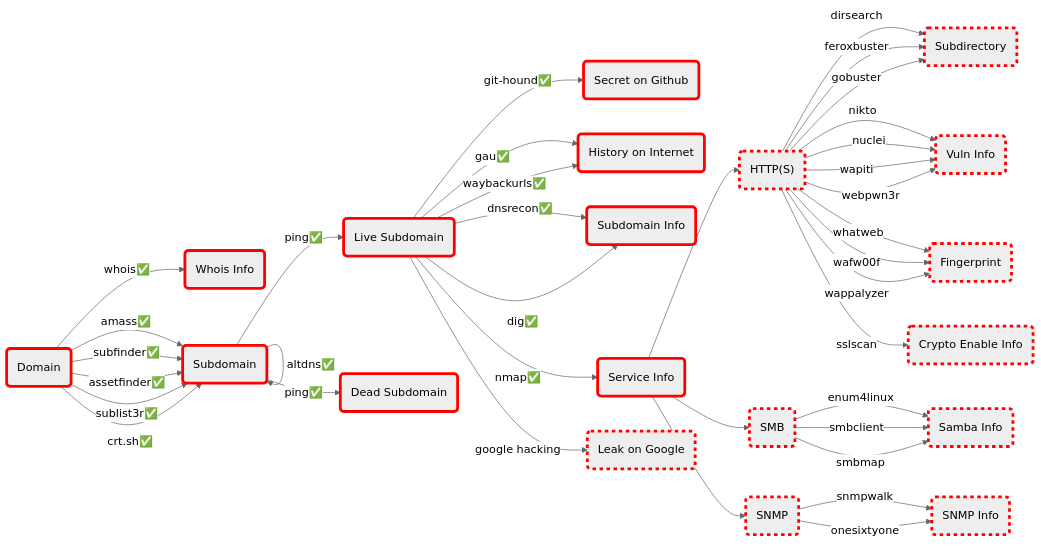
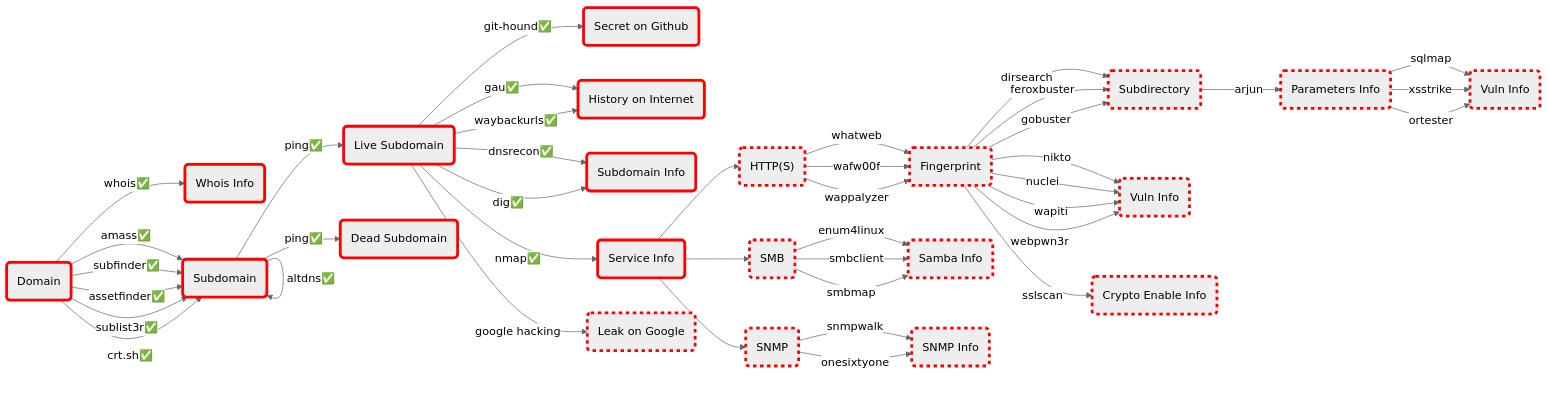
Before and after one commit to astroicers/recon-pocket: the first of 2 diagrams in README.md, drawn with Mermaid (neutral theme). The commit also changed other lines of this file, not shown here.

````diff
--- a/README.md
+++ b/README.md
@@ -9,57 +9,63 @@
 ```mermaid
 graph LR
 
   style A  stroke:red,stroke-width:4px
   style B1 stroke:red,stroke-width:4px
   style B2 stroke:red,stroke-width:4px
   style C1 stroke:red,stroke-width:4px
   style C2 stroke:red,stroke-width:4px
   style C3 stroke:red,stroke-width:4px
   style C4 stroke:red,stroke-width:4px
   style D1 stroke:red,stroke-width:4px
   style D2 stroke:red,stroke-width:4px
   style D3 stroke:red,stroke-width:4px,stroke-dasharray: 5 5
   style E1 stroke:red,stroke-width:4px,stroke-dasharray: 5 5
   style E2 stroke:red,stroke-width:4px,stroke-dasharray: 5 5
   style E3 stroke:red,stroke-width:4px,stroke-dasharray: 5 5
   style F1 stroke:red,stroke-width:4px,stroke-dasharray: 5 5
   style F2 stroke:red,stroke-width:4px,stroke-dasharray: 5 5
   style F3 stroke:red,stroke-width:4px,stroke-dasharray: 5 5
-  style F4 stroke:red,stroke-width:4px,stroke-dasharray: 5 5
-  style F5 stroke:red,stroke-width:4px,stroke-dasharray: 5 5
-  style F6 stroke:red,stroke-width:4px,stroke-dasharray: 5 5 
+  style G1 stroke:red,stroke-width:4px,stroke-dasharray: 5 5
+  style G2 stroke:red,stroke-width:4px,stroke-dasharray: 5 5
+  style G3 stroke:red,stroke-width:4px,stroke-dasharray: 5 5
+  style H1 stroke:red,stroke-width:4px,stroke-dasharray: 5 5
+  style I1 stroke:red,stroke-width:4px,stroke-dasharray: 5 5
   A(Domain) -->|"whois✅"|B1(Whois Info)
   A(Domain) -->|"amass✅"|B2(Subdomain)
   A(Domain) -->|"subfinder✅"|B2(Subdomain)
   A(Domain) -->|"assetfinder✅"|B2(Subdomain)
   A(Domain) -->|"sublist3r✅"|B2(Subdomain)
   A(Domain) -->|"crt.sh✅"|B2(Subdomain)
   B2(Subdomain) -->|"altdns✅"|B2(Subdomain)
   B2(Subdomain) -->|"ping✅"|C1(Live Subdomain) & C2(Dead Subdomain)
   C1(Live Subdomain) -->|"git-hound✅"|C3(Secret on Github)
   C1(Live Subdomain) -->|"gau✅"|C4(History on Internet)
   C1(Live Subdomain) -->|"waybackurls✅"|C4(History on Internet)
   C1(Live Subdomain) -->|"dnsrecon✅"|D1(Subdomain Info)
   C1(Live Subdomain) -->|"dig✅"|D1(Subdomain Info)
   C1(Live Subdomain) -->|"nmap✅"|D2(Service Info)
   C1(Live Subdomain) -->|"google hacking"|D3(Leak on Google)
   D2(Service Info) --> E1("HTTP(S)")
   D2(Service Info) --> E2(SMB)
   D2(Service Info) --> E3(SNMP)
-  E1("HTTP(S)") -->|"dirsearch"|F1(Subdirectory)
-  E1("HTTP(S)") -->|"feroxbuster"|F1(Subdirectory)
-  E1("HTTP(S)") -->|"gobuster"|F1(Subdirectory)
-  E1("HTTP(S)") -->|"nikto"|F2(Vuln Info)
-  E1("HTTP(S)") -->|"nuclei"|F2(Vuln Info)
-  E1("HTTP(S)") -->|"wapiti"|F2(Vuln Info)
-  E1("HTTP(S)") -->|"webpwn3r"|F2(Vuln Info)
-  E1("HTTP(S)") -->|"whatweb"|F3(Fingerprint)
-  E1("HTTP(S)") -->|"wafw00f"|F3(Fingerprint)
-  E1("HTTP(S)") -->|"wappalyzer"|F3(Fingerprint)
-  E1("HTTP(S)") -->|"sslscan"|F4(Crypto Enable Info)
-  E2(SMB) -->|"enum4linux"|F5(Samba Info)
-  E2(SMB) -->|"smbclient"|F5(Samba Info)
-  E2(SMB) -->|"smbmap"|F5(Samba Info)
-  E3(SNMP) -->|"snmpwalk"|F6(SNMP Info)
-  E3(SNMP) -->|"onesixtyone"|F6(SNMP Info)
+  E1("HTTP(S)") -->|"whatweb"|F1(Fingerprint)
+  E1("HTTP(S)") -->|"wafw00f"|F1(Fingerprint)
+  E1("HTTP(S)") -->|"wappalyzer"|F1(Fingerprint)
+  E2(SMB) -->|"enum4linux"|F2(Samba Info)
+  E2(SMB) -->|"smbclient"|F2(Samba Info)
+  E2(SMB) -->|"smbmap"|F2(Samba Info)
+  E3(SNMP) -->|"snmpwalk"|F3(SNMP Info)
+  E3(SNMP) -->|"onesixtyone"|F3(SNMP Info)
+  F1(Fingerprint) -->|"dirsearch"|G1(Subdirectory)
+  F1(Fingerprint) -->|"feroxbuster"|G1(Subdirectory)
+  F1(Fingerprint) -->|"gobuster"|G1(Subdirectory)
+  F1(Fingerprint) -->|"nikto"|G2(Vuln Info)
+  F1(Fingerprint) -->|"nuclei"|G2(Vuln Info)
+  F1(Fingerprint) -->|"wapiti"|G2(Vuln Info)
+  F1(Fingerprint) -->|"webpwn3r"|G2(Vuln Info)
+  F1(Fingerprint) -->|"sslscan"|G3(Crypto Enable Info)
+  G1(Subdirectory) -->|"arjun"|H1(Parameters Info)
+  H1(Parameters Info) -->|"sqlmap"|I1(Vuln Info)
+  H1(Parameters Info) -->|"xsstrike"|I1(Vuln Info)
+  H1(Parameters Info) -->|"ortester"|I1(Vuln Info)
 ```
````
